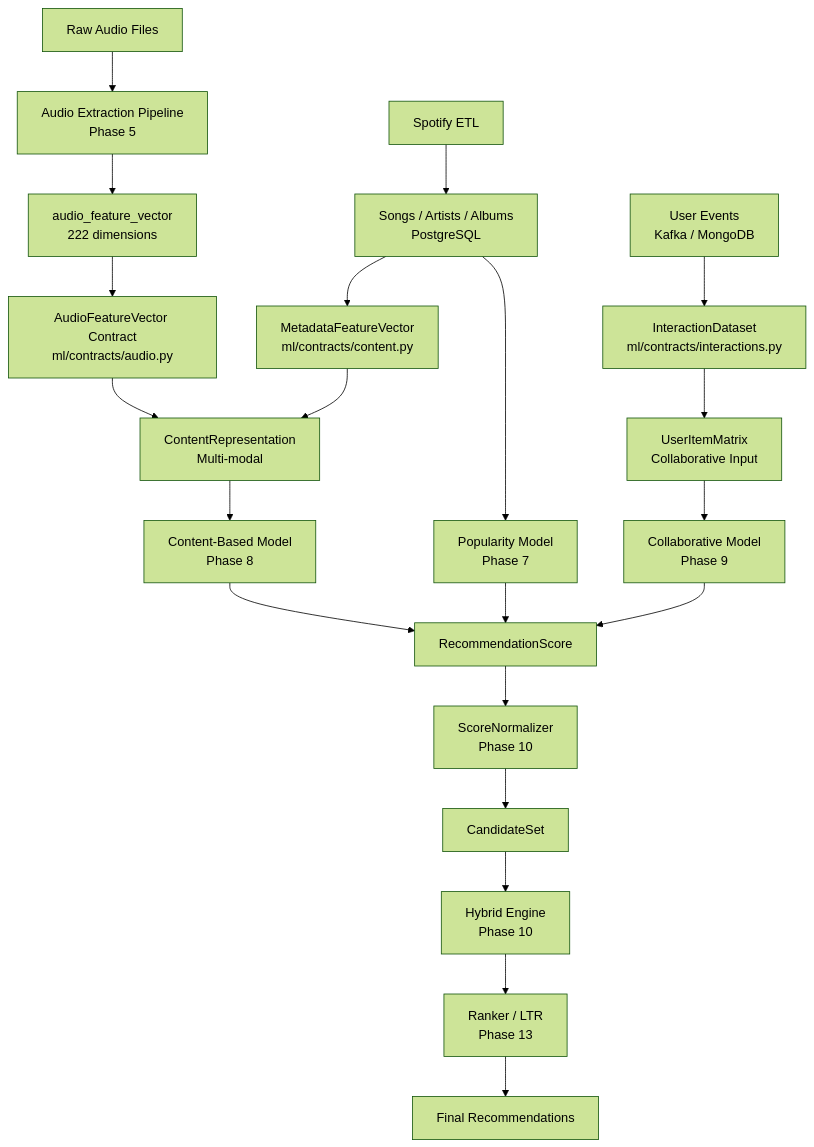
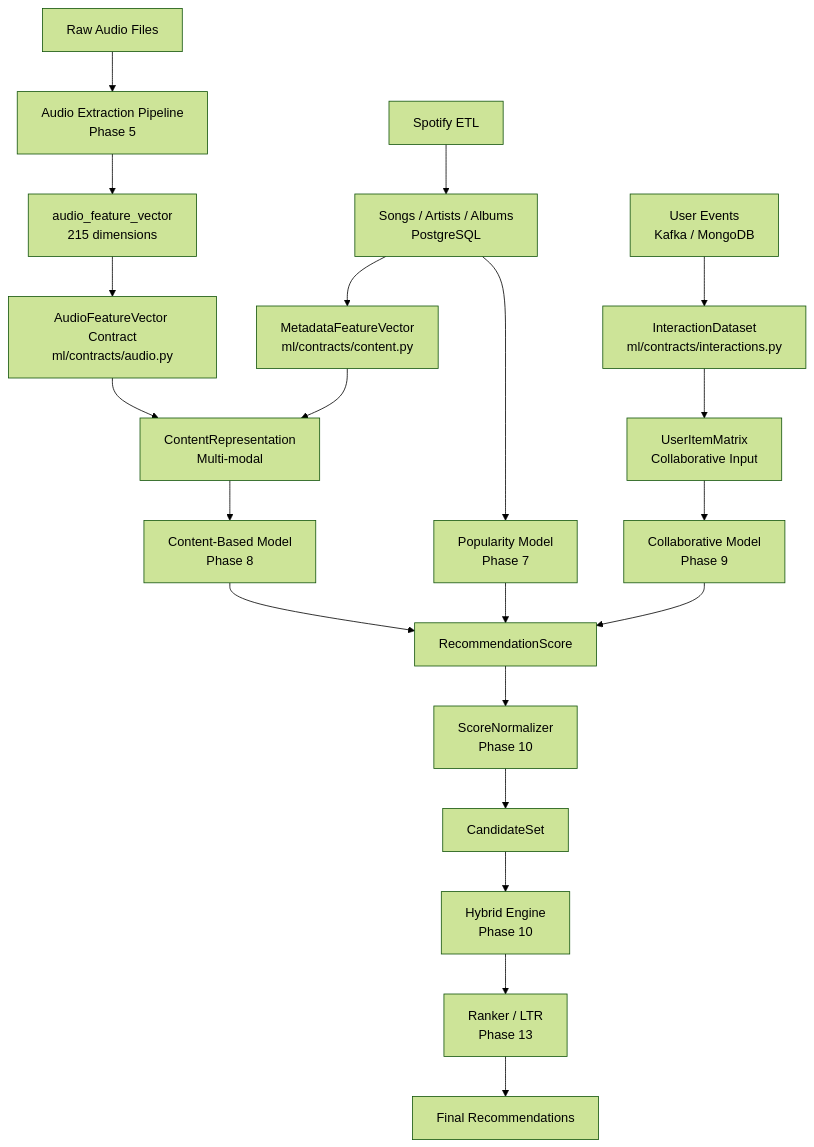
The diagram in docs/MLArchitecture.md (Kaneki272/music-recommendation-system), drawn with Mermaid (forest theme) before and after one commit. The commit also changed 36 other files, not shown here.

````diff
--- a/docs/MLArchitecture.md
+++ b/docs/MLArchitecture.md
@@ -5,44 +5,44 @@
 ```mermaid
 flowchart TD
     A[Raw Audio Files] --> B[Audio Extraction Pipeline
 Phase 5]
     B --> C[audio_feature_vector
-222 dimensions]
+215 dimensions]
     C --> D[AudioFeatureVector Contract
 ml/contracts/audio.py]
 
     E[Spotify ETL] --> F[Songs / Artists / Albums
 PostgreSQL]
     F --> G[MetadataFeatureVector
 ml/contracts/content.py]
 
     H[User Events
 Kafka / MongoDB] --> I[InteractionDataset
 ml/contracts/interactions.py]
     I --> J[UserItemMatrix
 Collaborative Input]
 
     D --> K[ContentRepresentation
 Multi-modal]
     G --> K
 
     K --> L[Content-Based Model
 Phase 8]
     J --> M[Collaborative Model
 Phase 9]
     F --> N[Popularity Model
 Phase 7]
 
     L --> O[RecommendationScore]
     M --> O
     N --> O
 
     O --> P[ScoreNormalizer
 Phase 10]
     P --> Q[CandidateSet]
     Q --> R[Hybrid Engine
 Phase 10]
     R --> S[Ranker / LTR
 Phase 13]
     S --> T[Final Recommendations]
 ```
````
